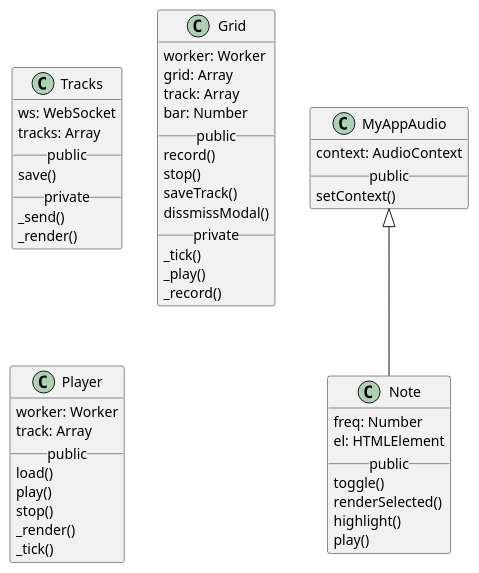
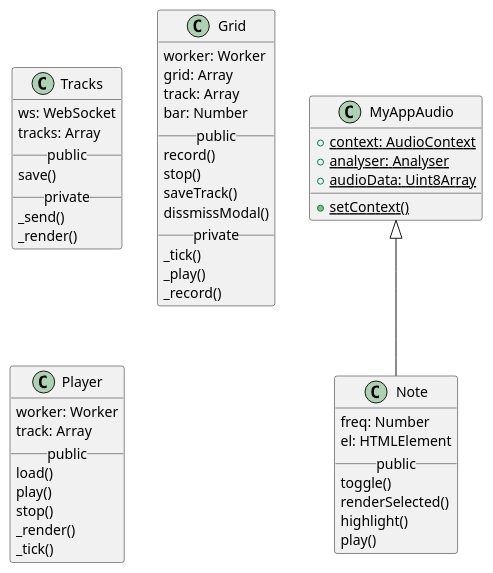
The diagram in UML/classes.plantuml (bmordan/MTA-audio-app), drawn with PlantUML before and after one commit. The commit also changed 1 other file, not shown here.

```diff
--- a/UML/classes.plantuml
+++ b/UML/classes.plantuml
@@ -1,51 +1,52 @@
 @startuml
 class Tracks {
     ws: WebSocket
     tracks: Array
     __public__
     save()
     __private__
     _send()
     _render()
 }
 class Grid {
     worker: Worker
     grid: Array
     track: Array
     bar: Number
     __public__
     record()
     stop()
     saveTrack()
     dissmissModal()
     __private__
     _tick()
     _play()
     _record()
 }
 class MyAppAudio {
-    context: AudioContext
-    __public__
-    setContext()
+    {static} +context: AudioContext
+    {static} +analyser: Analyser
+    {static} +audioData: Uint8Array
+    {static} +setContext()
 }
 class Note {
     freq: Number
     el: HTMLElement
     __public__
     toggle()
     renderSelected()
     highlight()
     play()
 }
 class Player {
     worker: Worker
     track: Array
     __public__
     load()
     play()
     stop()
     _render()
     _tick()
 }
 MyAppAudio <|-- Note
 @enduml
```
